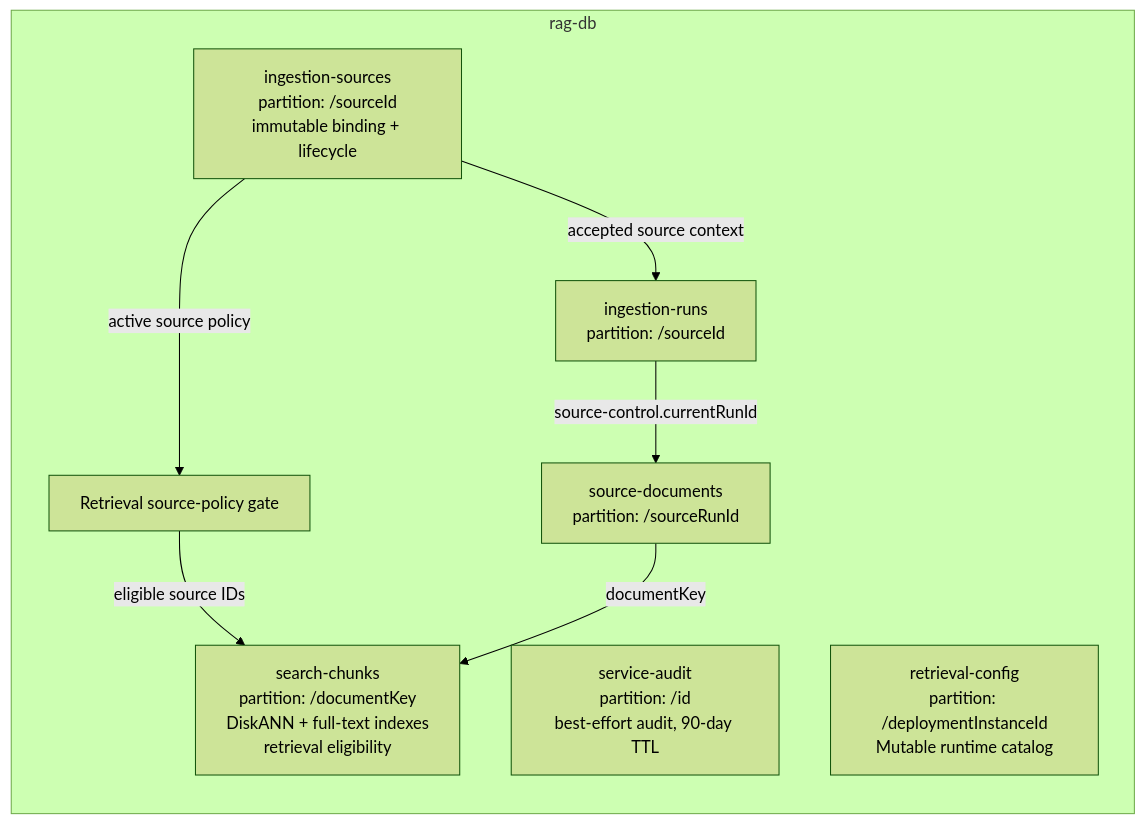
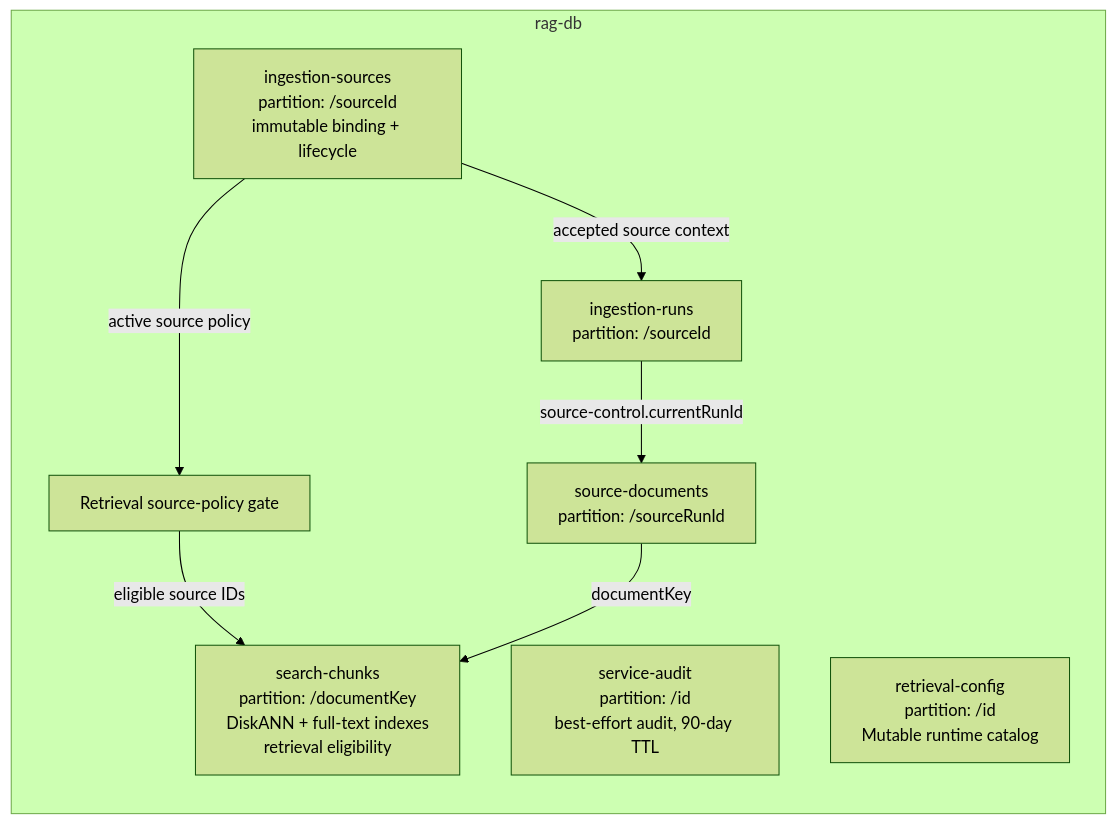
One commit to HariVamsiChittari1/enterprise-rag-pipeline changed the ninth of 14 diagrams in docs/ARCHITECTURE.md. Above: the diagram before and after it, drawn with Mermaid (forest theme). The commit also changed other lines of this file and 89 other files, not shown here.

````diff
--- a/docs/ARCHITECTURE.md
+++ b/docs/ARCHITECTURE.md
@@ -500,17 +496,17 @@
 ```mermaid
 flowchart LR
     subgraph rag-db
         C0[ingestion-sources<br/>partition: /sourceId<br/>immutable binding + lifecycle]
         C1[ingestion-runs<br/>partition: /sourceId]
         C2[source-documents<br/>partition: /sourceRunId]
         C3[search-chunks<br/>partition: /documentKey<br/>DiskANN + full-text indexes<br/>retrieval eligibility]
         C4[service-audit<br/>partition: /id<br/>best-effort audit, 90-day TTL]
-        C5[retrieval-config<br/>partition: /deploymentInstanceId<br/>Mutable runtime catalog]
+        C5[retrieval-config<br/>partition: /id<br/>Mutable runtime catalog]
         R[Retrieval source-policy gate]
     end
     C0 -->|accepted source context| C1
     C0 -->|active source policy| R
     R -->|eligible source IDs| C3
     C1 -->|source-control.currentRunId| C2
     C2 -->|documentKey| C3
 ```
````
